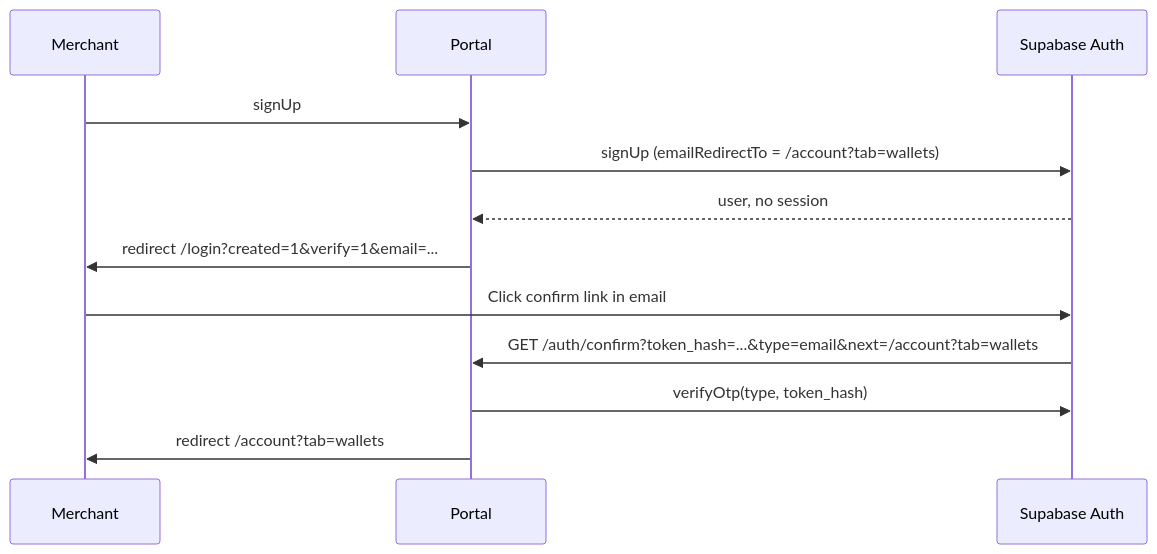
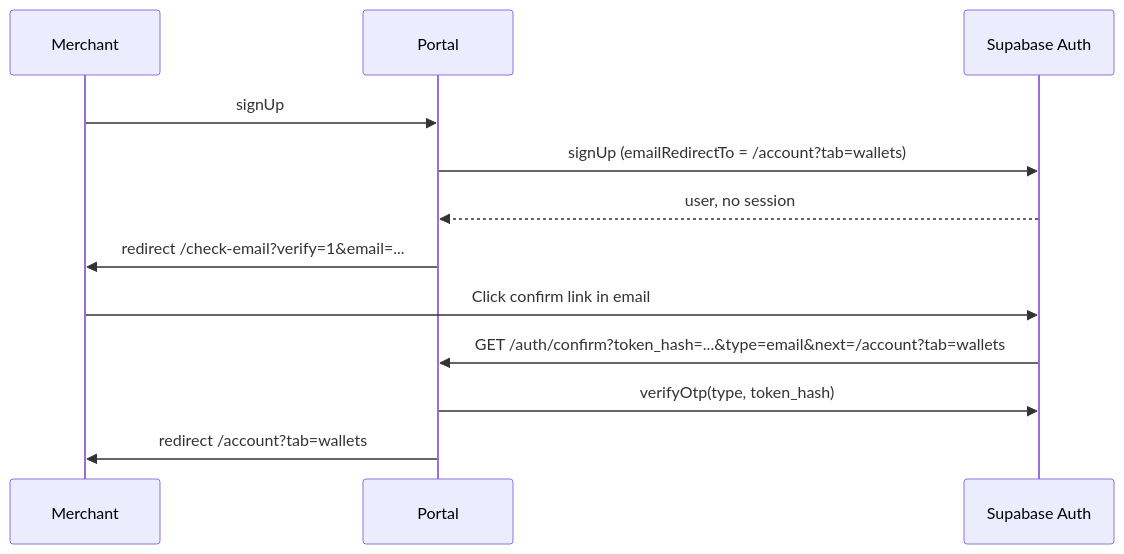
Before and after one commit to photospheremedia/Crypto-Pay: the second of 3 diagrams in docs/ACCOUNT_SETUP_WORKFLOW.md, drawn with Mermaid. The commit also changed other lines of this file and 25 other files, not shown here.

````diff
--- a/docs/ACCOUNT_SETUP_WORKFLOW.md
+++ b/docs/ACCOUNT_SETUP_WORKFLOW.md
@@ -94,15 +94,15 @@
 ```mermaid
 sequenceDiagram
   participant U as Merchant
   participant P as Portal
   participant S as Supabase Auth
 
   U->>P: signUp
   P->>S: signUp (emailRedirectTo = /account?tab=wallets)
   S-->>P: user, no session
-  P->>U: redirect /login?created=1&verify=1&email=...
+  P->>U: redirect /check-email?verify=1&email=...
   U->>S: Click confirm link in email
   S->>P: GET /auth/confirm?token_hash=...&type=email&next=/account?tab=wallets
   P->>S: verifyOtp(type, token_hash)
   P->>U: redirect /account?tab=wallets
 ```
````
